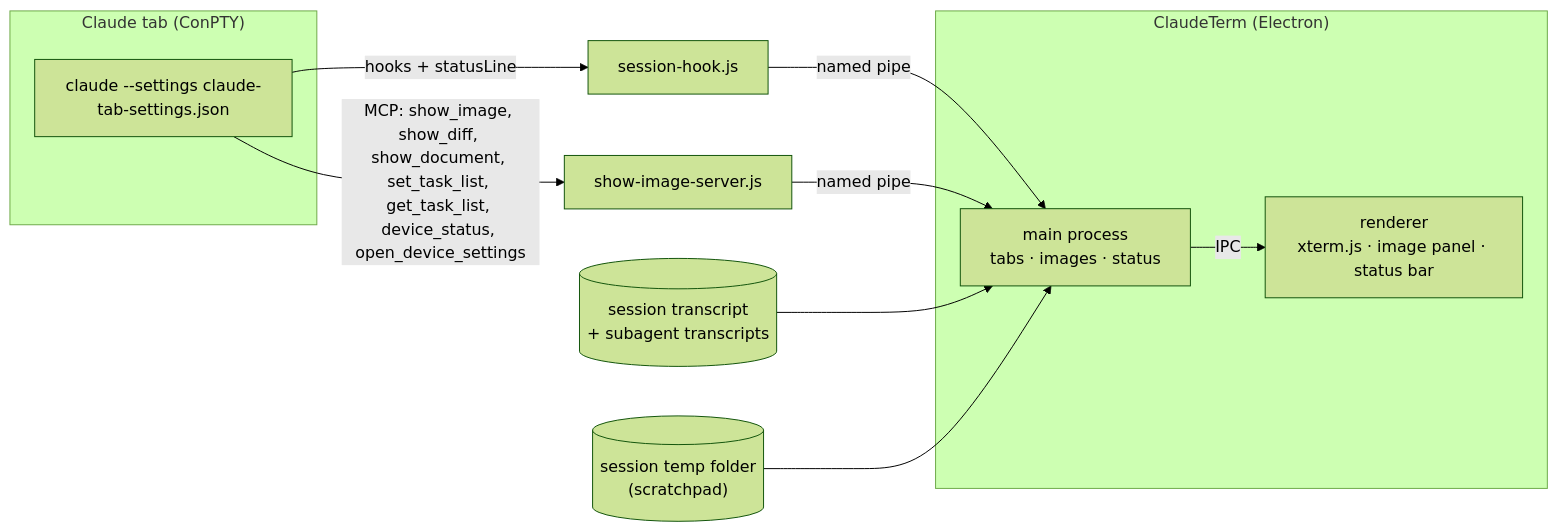
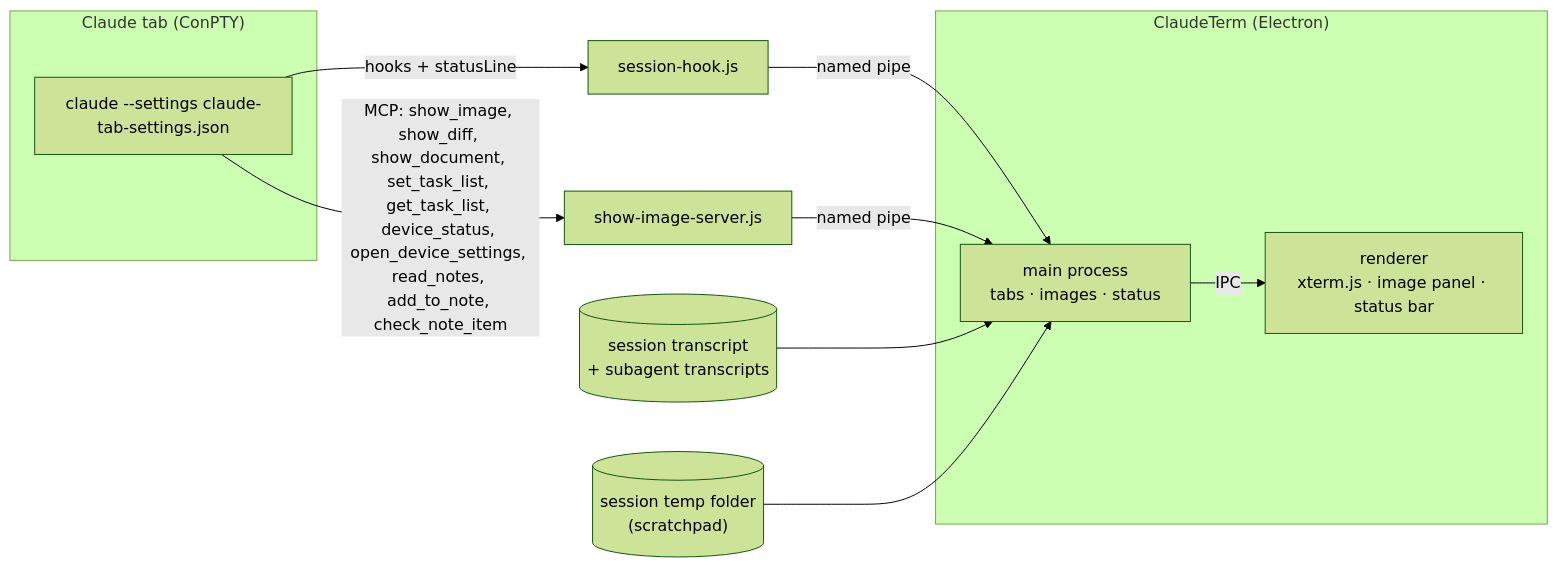
The diagram in README.md (DmVergasov/ClaudeTerm), drawn with Mermaid (forest theme) before and after one commit. The commit also changed other lines of this file and 1 other file, not shown here.

Commit message:
docs: project notes, the note editor and notes for Claude

````diff
--- a/README.md
+++ b/README.md
@@ -322,15 +323,15 @@
 ```mermaid
 flowchart LR
   subgraph tab["Claude tab (ConPTY)"]
     claude["claude --settings claude-tab-settings.json"]
   end
   claude -- "hooks + statusLine" --> hook["session-hook.js"]
-  claude -- "MCP: show_image, show_diff, show_document, set_task_list, get_task_list, device_status, open_device_settings" --> mcp["show-image-server.js"]
+  claude -- "MCP: show_image, show_diff, show_document, set_task_list, get_task_list, device_status, open_device_settings, read_notes, add_to_note, check_note_item" --> mcp["show-image-server.js"]
   hook -- "named pipe" --> main
   mcp -- "named pipe" --> main
   transcript[("session transcript\n+ subagent transcripts")] --> main
   scratchpad[("session temp folder\n(scratchpad)")] --> main
   subgraph app["ClaudeTerm (Electron)"]
     main["main process\ntabs · images · status"] -- IPC --> renderer["renderer\nxterm.js · image panel · status bar"]
   end
 ```
````
